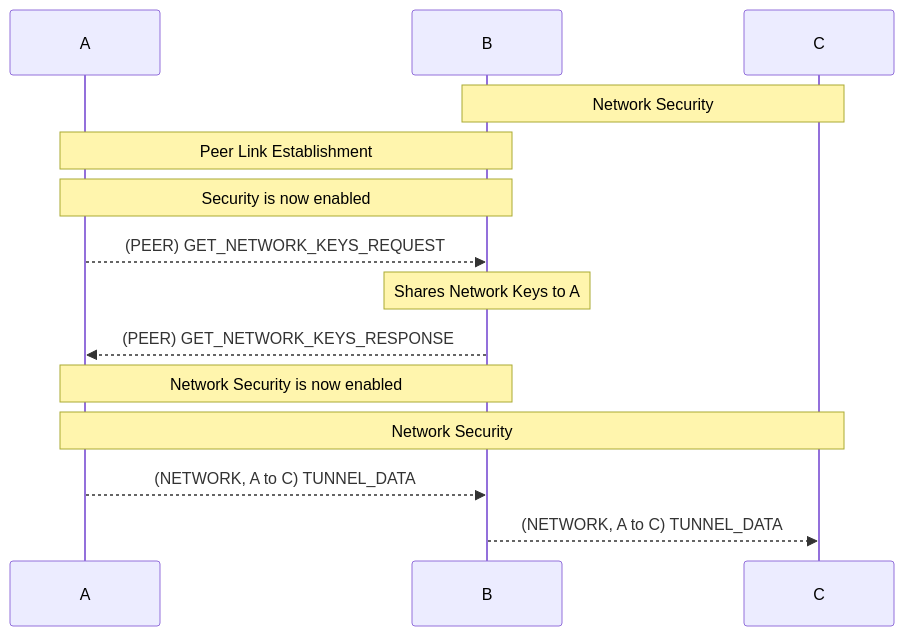
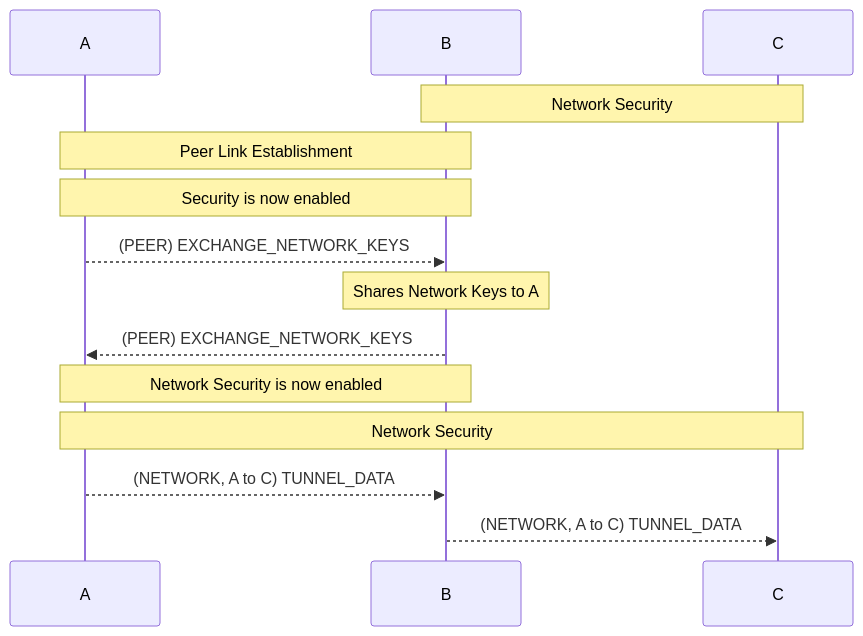
One commit to therooftopprinz/bfc-tunnel changed the second of 4 diagrams in docs/protocol.md. Above: the diagram before and after it, drawn with Mermaid. The commit also changed other lines of this file and 18 other files, not shown here.

````diff
--- a/docs/protocol.md
+++ b/docs/protocol.md
@@ -142,17 +139,17 @@
 ```mermaid
 sequenceDiagram
 Participant A
 Participant B
 Participant C
 
 Note Over B,C: Network Security
 Note Over A,B: Peer Link Establishment
 Note Over A,B: Security is now enabled
-A -->> B : (PEER) GET_NETWORK_KEYS_REQUEST
+A -->> B : (PEER) EXCHANGE_NETWORK_KEYS
 Note Over B: Shares Network Keys to A
-B -->> A : (PEER) GET_NETWORK_KEYS_RESPONSE
+B -->> A : (PEER) EXCHANGE_NETWORK_KEYS
 Note Over A,B: Network Security is now enabled
 Note Over A,C: Network Security
 A -->> B : (NETWORK, A to C) TUNNEL_DATA
 B -->> C : (NETWORK, A to C) TUNNEL_DATA
 ```
````
